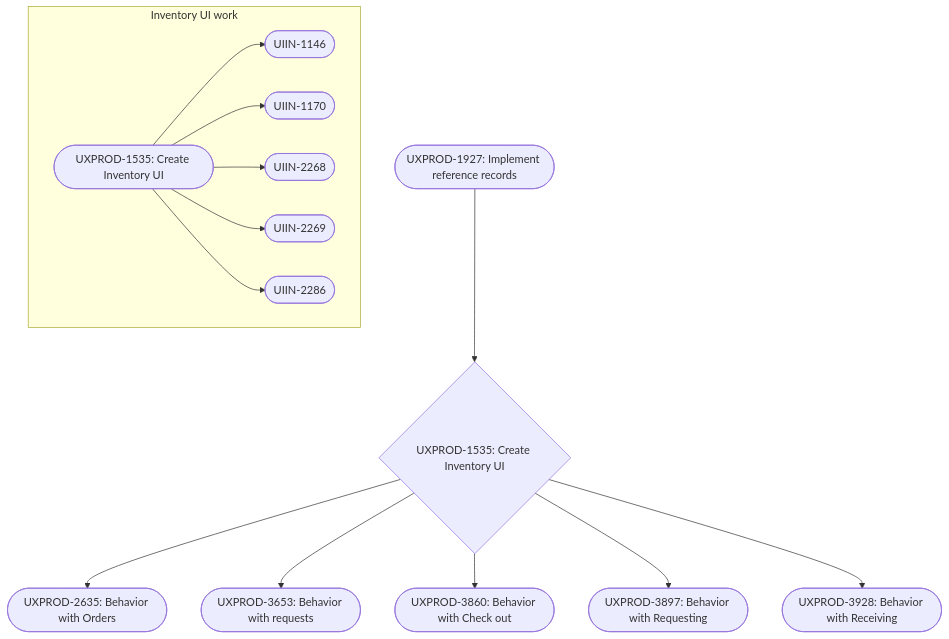
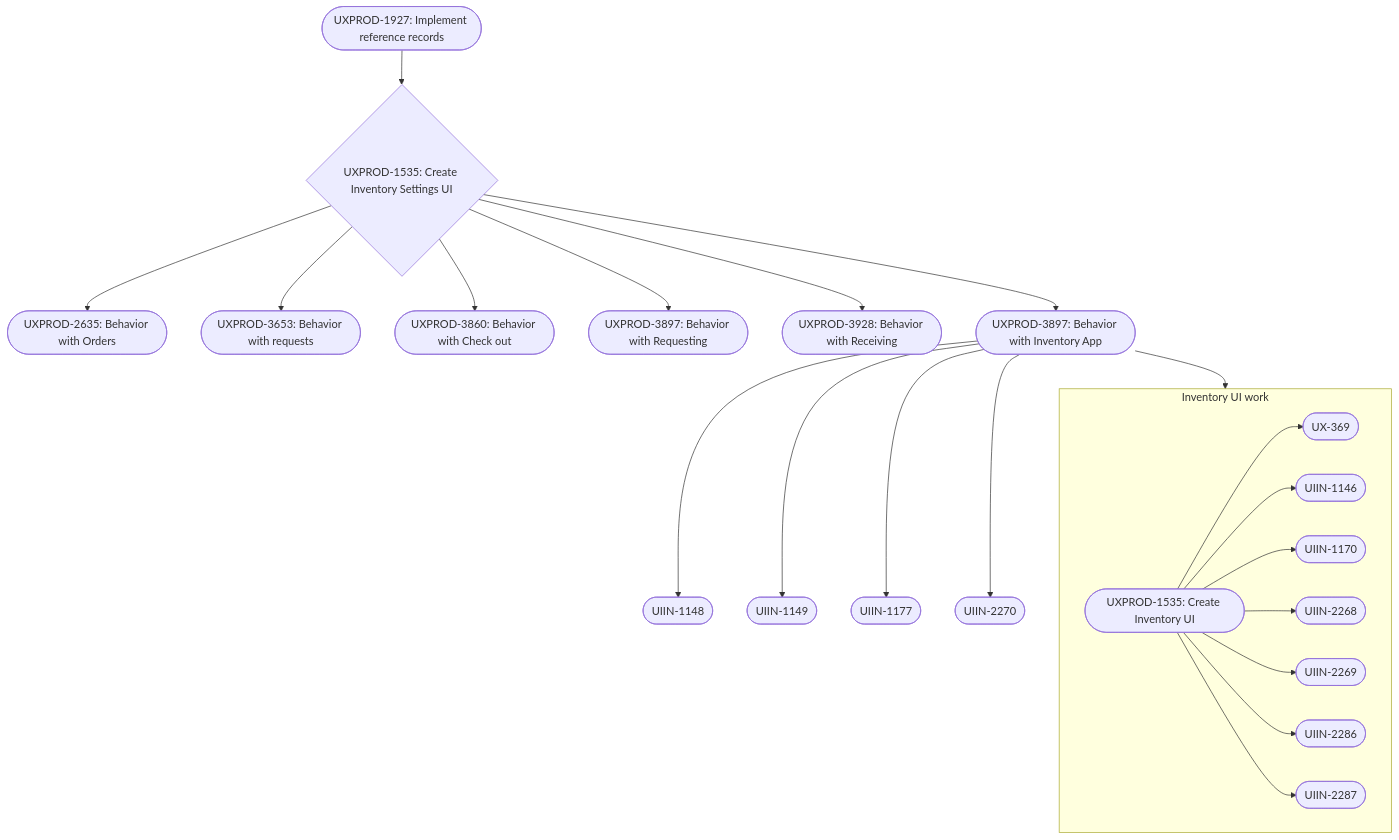
Before and after one commit to enettifee/enettifee.github.io: the diagram in item-status.md, drawn with Mermaid.

````diff
--- a/item-status.md
+++ b/item-status.md
@@ -1,17 +1,21 @@
 ```mermaid
 
 
 flowchart TD
-	id1([UXPROD-1927: Implement reference records]) --> id2{UXPROD-1535: Create Inventory UI}
-	id2 --> id3([UXPROD-2635: Behavior with Orders]) & id4([UXPROD-3653: Behavior with requests]) & id5([UXPROD-3860: Behavior with Check out]) & id6([UXPROD-3897: Behavior with Requesting]) & id7([UXPROD-3928: Behavior with Receiving])
+	id1([UXPROD-1927: Implement reference records]) --> id2{UXPROD-1535: Create Inventory Settings UI}
+	id2 --> id3([UXPROD-2635: Behavior with Orders]) & id4([UXPROD-3653: Behavior with requests]) & id5([UXPROD-3860: Behavior with Check out]) & id6([UXPROD-3897: Behavior with Requesting]) & id7([UXPROD-3928: Behavior with Receiving]) & id8([UXPROD-3897: Behavior with Inventory App])
+	
+	id8 --> id9([UIIN-1148]) & id10([UIIN-1149]) & id11([UIIN-1177]) & id12([UIIN-2270]) & id127
+
+	
 
 	subgraph "Inventory UI work"
 	direction LR
-	id9([UXPROD-1535: Create Inventory UI]) --> id10([UIIN-1146]) & id11([UIIN-1170]) & id12([UIIN-2268]) & id13([UIIN-2269]) & id14([UIIN-2286])
+	id120([UXPROD-1535: Create Inventory UI]) --> id121([UIIN-1146]) & id122([UIIN-1170]) & id123([UIIN-2268]) & id124([UIIN-2269]) & id125([UIIN-2286]) & id126([UIIN-2287]) & id127([UX-369])
 	end
 
 %%	subgraph "To be decided"
 %%	id8([Serials behavior])
 %%	end	
 
 ```
````
